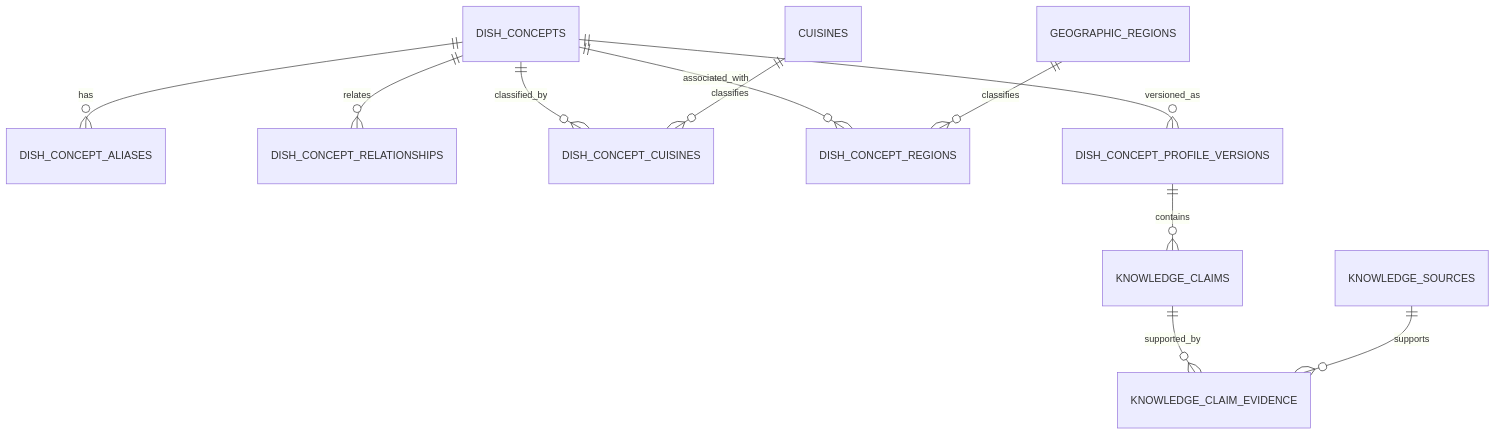
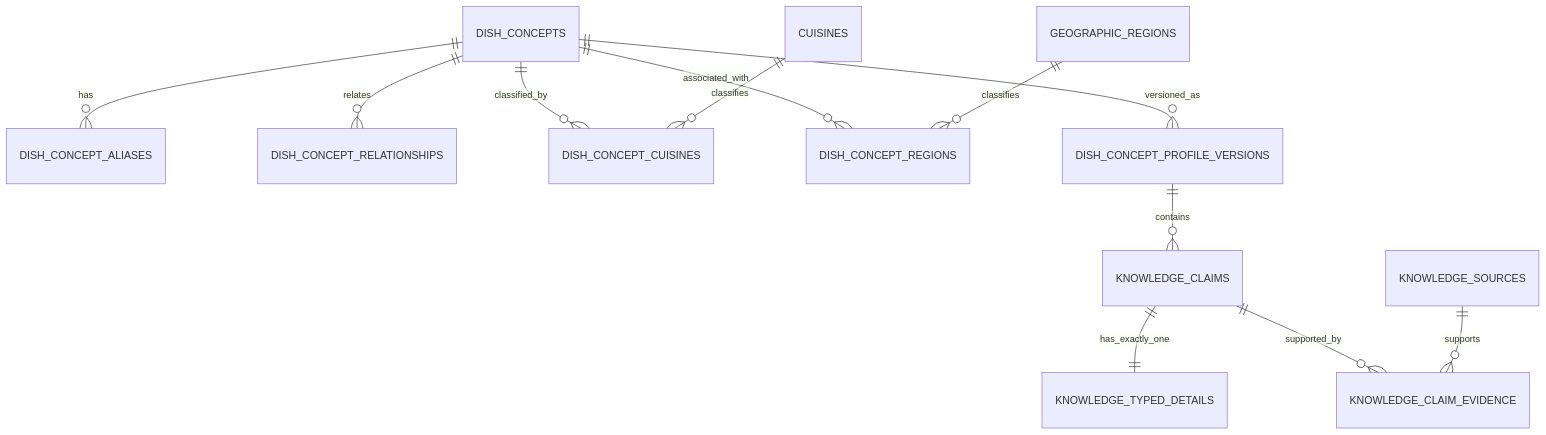
Before and after one commit to younjh0923-design/foodseyo: the fourth of 4 diagrams in docs/database-logical-model-v3.md, drawn with Mermaid. The commit also changed other lines of this file and 5 other files, not shown here.

````diff
--- a/docs/database-logical-model-v3.md
+++ b/docs/database-logical-model-v3.md
@@ -155,13 +189,14 @@
 ```mermaid
 erDiagram
   DISH_CONCEPTS ||--o{ DISH_CONCEPT_ALIASES : has
   DISH_CONCEPTS ||--o{ DISH_CONCEPT_RELATIONSHIPS : relates
   DISH_CONCEPTS ||--o{ DISH_CONCEPT_CUISINES : classified_by
   CUISINES ||--o{ DISH_CONCEPT_CUISINES : classifies
   DISH_CONCEPTS ||--o{ DISH_CONCEPT_REGIONS : associated_with
   GEOGRAPHIC_REGIONS ||--o{ DISH_CONCEPT_REGIONS : classifies
   DISH_CONCEPTS ||--o{ DISH_CONCEPT_PROFILE_VERSIONS : versioned_as
   DISH_CONCEPT_PROFILE_VERSIONS ||--o{ KNOWLEDGE_CLAIMS : contains
+  KNOWLEDGE_CLAIMS ||--|| KNOWLEDGE_TYPED_DETAILS : has_exactly_one
   KNOWLEDGE_CLAIMS ||--o{ KNOWLEDGE_CLAIM_EVIDENCE : supported_by
   KNOWLEDGE_SOURCES ||--o{ KNOWLEDGE_CLAIM_EVIDENCE : supports
 ```
````
